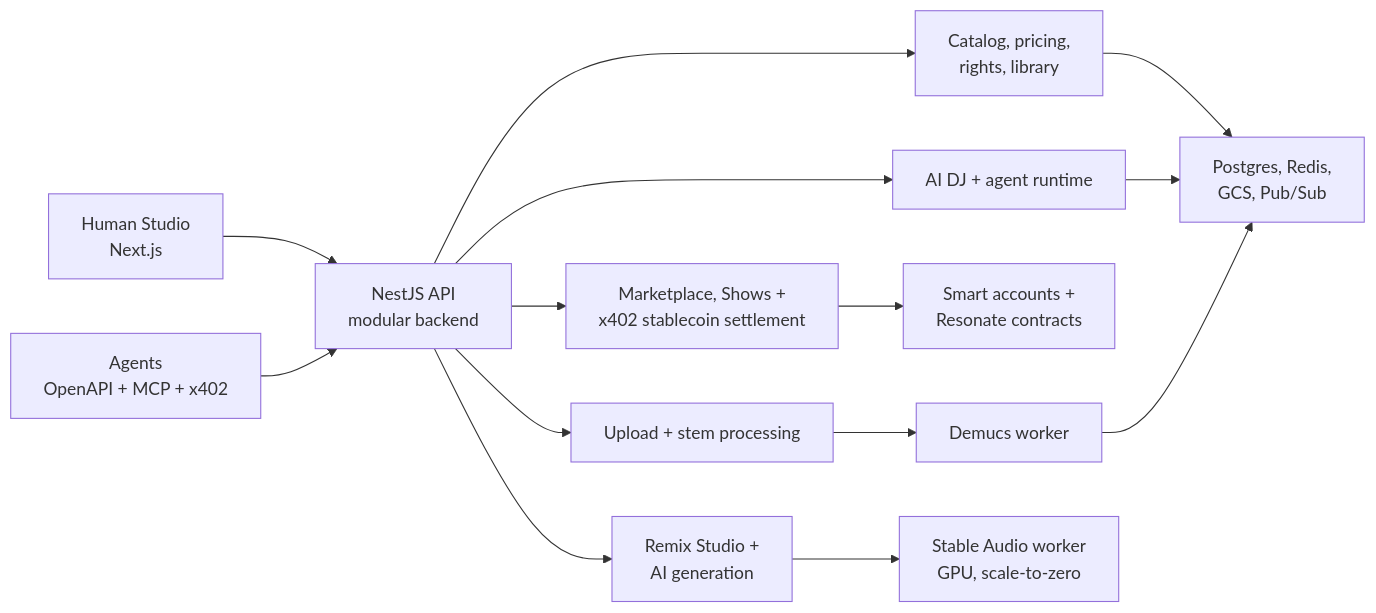
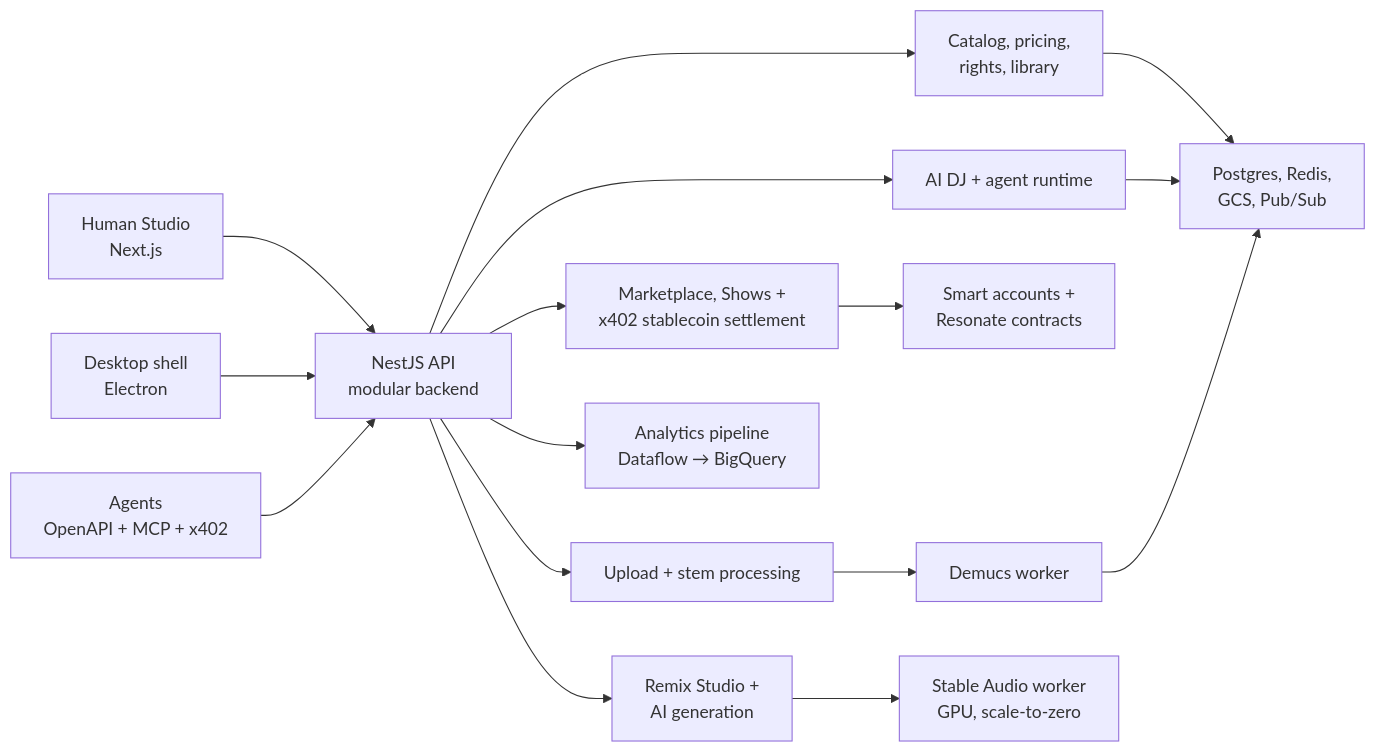
Before and after one commit to akoita/resonate: the diagram in README.md, drawn with Mermaid. The commit also changed other lines of this file, not shown here.

````diff
--- a/README.md
+++ b/README.md
@@ -80,16 +80,18 @@
 ```mermaid
 flowchart LR
   Studio["Human Studio<br>Next.js"] --> API["NestJS API<br>modular backend"]
+  Desktop["Desktop shell<br>Electron"] --> API
   Agents["Agents<br>OpenAPI + MCP + x402"] --> API
   API --> Catalog["Catalog, pricing,<br>rights, library"]
   API --> Commerce["Marketplace, Shows +<br>x402 stablecoin settlement"]
   API --> Runtime["AI DJ + agent runtime"]
   API --> Ingestion["Upload + stem processing"]
   API --> Remix["Remix Studio +<br>AI generation"]
+  API --> Analytics["Analytics pipeline<br>Dataflow → BigQuery"]
   Commerce --> Chain["Smart accounts +<br>Resonate contracts"]
   Ingestion --> Worker["Demucs worker"]
   Remix --> SAW["Stable Audio worker<br>GPU, scale-to-zero"]
   Catalog --> Data["Postgres, Redis,<br>GCS, Pub/Sub"]
   Runtime --> Data
   Worker --> Data
 ```
````
